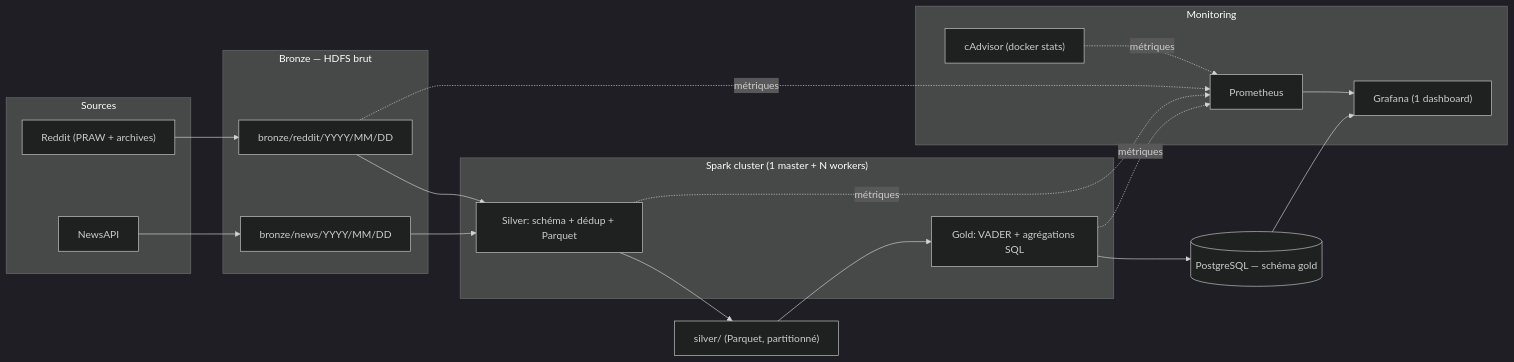
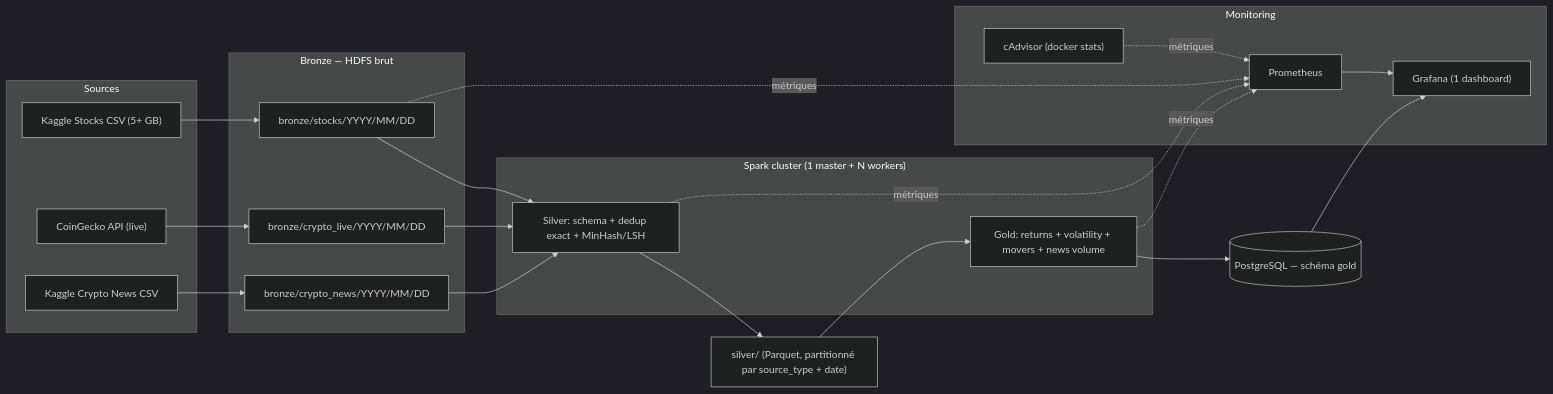
The diagram in README.md (youcisla/BigDataProject), drawn with Mermaid (dark theme) before and after one commit. The commit also changed other lines of this file and 30 other files, not shown here.

````diff
--- a/README.md
+++ b/README.md
@@ -19,40 +19,44 @@
 ```mermaid
 flowchart LR
     subgraph Sources["Sources"]
-        R["Reddit (PRAW + archives)"]
-        N["NewsAPI"]
+        A["Kaggle Stocks CSV (5+ GB)"]
+        B["CoinGecko API (live)"]
+        C["Kaggle Crypto News CSV"]
     end
 
     subgraph Bronze["Bronze — HDFS brut"]
-        BR["bronze/reddit/YYYY/MM/DD"]
-        BN["bronze/news/YYYY/MM/DD"]
+        BA["bronze/stocks/YYYY/MM/DD"]
+        BB["bronze/crypto_live/YYYY/MM/DD"]
+        BC["bronze/crypto_news/YYYY/MM/DD"]
     end
 
     subgraph Spark["Spark cluster (1 master + N workers)"]
-        S1["Silver: schéma + dédup + Parquet"]
-        S2["Gold: VADER + agrégations SQL"]
+        S1["Silver: schema + dedup exact + MinHash/LSH"]
+        S2["Gold: returns + volatility + movers + news volume"]
     end
 
-    SV["silver/ (Parquet, partitionné)"]
+    SV["silver/ (Parquet, partitionné par source_type + date)"]
     PG[("PostgreSQL — schéma gold")]
 
     subgraph Mon["Monitoring"]
         Prom["Prometheus"]
         Graf["Grafana (1 dashboard)"]
         CA["cAdvisor (docker stats)"]
     end
 
-    R --> BR
-    N --> BN
-    BR --> S1
-    BN --> S1
+    A --> BA
+    B --> BB
+    C --> BC
+    BA --> S1
+    BB --> S1
+    BC --> S1
     S1 --> SV
     SV --> S2
     S2 --> PG
     PG --> Graf
-    BR -.métriques.-> Prom
+    BA -.métriques.-> Prom
     S1 -.métriques.-> Prom
     S2 -.métriques.-> Prom
     CA -.métriques.-> Prom
     Prom --> Graf
 ```
````
